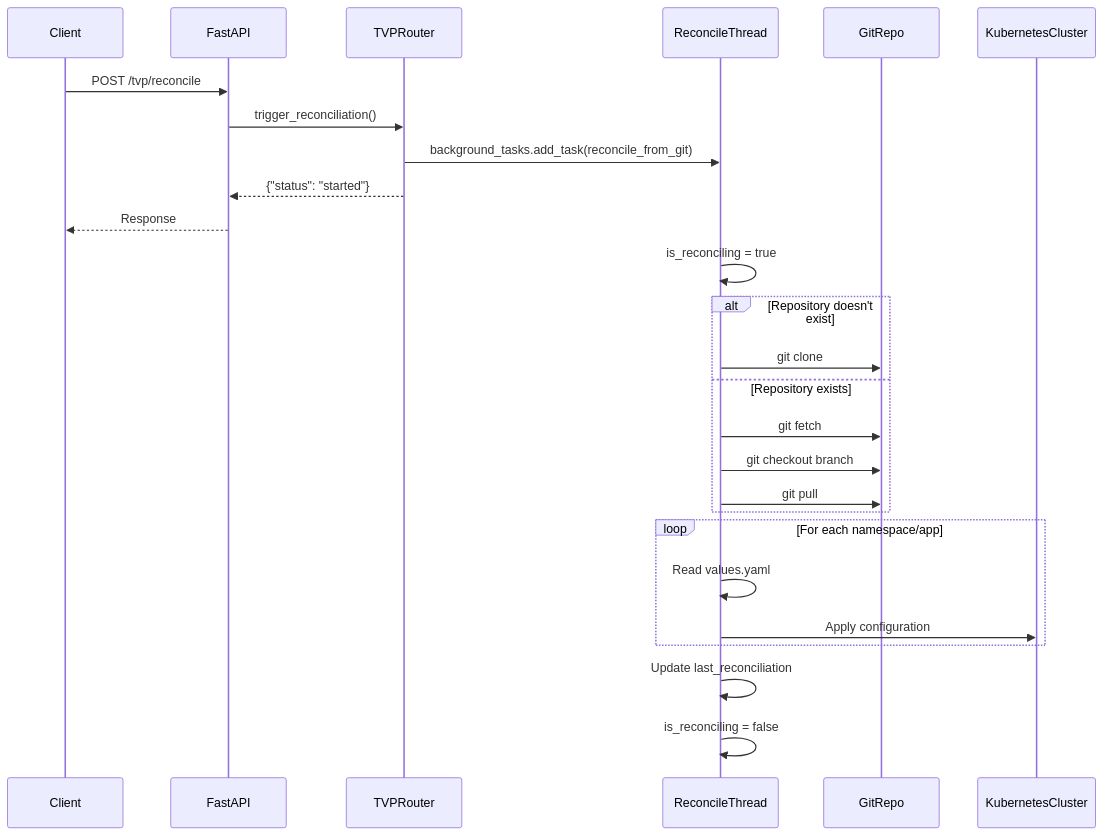
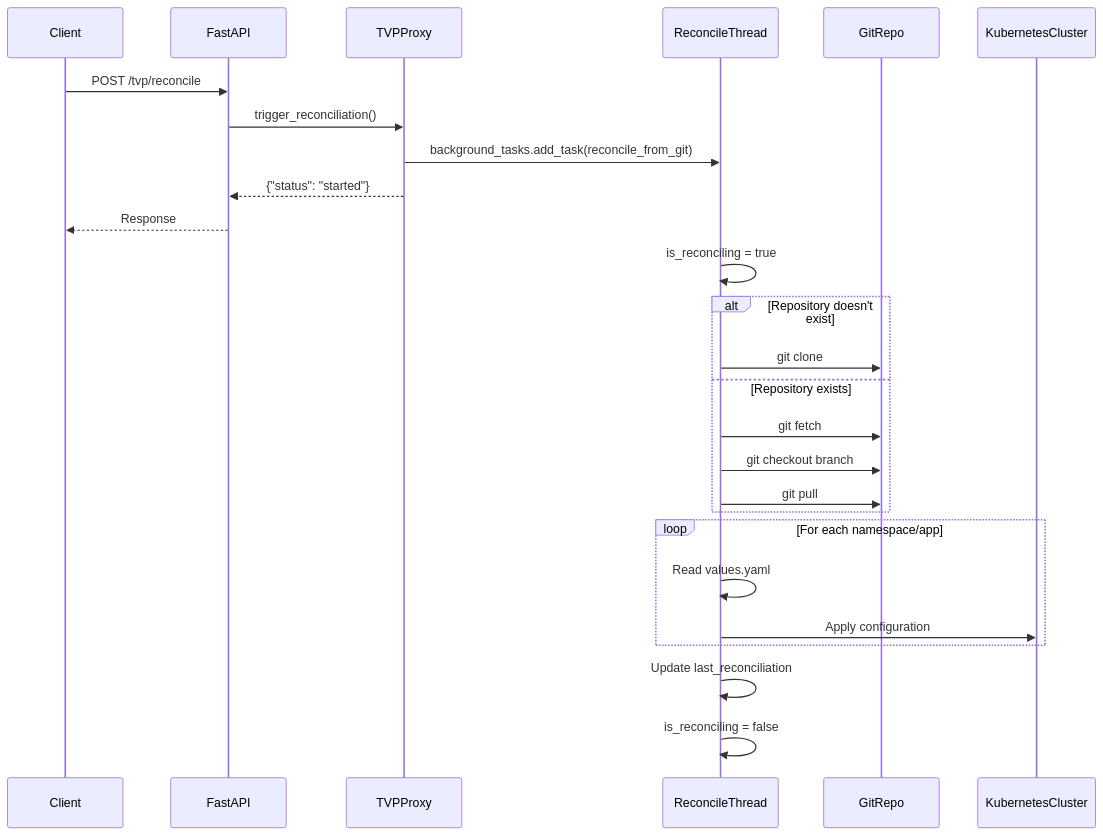
One commit to lloydchang/tvp-k8s changed the fifth of 9 diagrams in README.md. Above: the diagram before and after it, drawn with Mermaid. The commit also changed other lines of this file and 11 other files, not shown here.

````diff
--- a/README.md
+++ b/README.md
@@ -273,34 +273,34 @@
 ```mermaid
 sequenceDiagram
     participant Client
     participant FastAPI
-    participant TVPRouter
+    participant TVPProxy
     participant ReconcileThread
     participant GitRepo
     participant KubernetesCluster
     
     Client->>FastAPI: POST /tvp/reconcile
-    FastAPI->>TVPRouter: trigger_reconciliation()
-    TVPRouter->>ReconcileThread: background_tasks.add_task(reconcile_from_git)
-    TVPRouter-->>FastAPI: {"status": "started"}
+    FastAPI->>TVPProxy: trigger_reconciliation()
+    TVPProxy->>ReconcileThread: background_tasks.add_task(reconcile_from_git)
+    TVPProxy-->>FastAPI: {"status": "started"}
     FastAPI-->>Client: Response
     
     ReconcileThread->>ReconcileThread: is_reconciling = true
     
     alt Repository doesn't exist
         ReconcileThread->>GitRepo: git clone
     else Repository exists
         ReconcileThread->>GitRepo: git fetch
         ReconcileThread->>GitRepo: git checkout branch
         ReconcileThread->>GitRepo: git pull
     end
     
     loop For each namespace/app
         ReconcileThread->>ReconcileThread: Read values.yaml
         ReconcileThread->>KubernetesCluster: Apply configuration
     end
     
     ReconcileThread->>ReconcileThread: Update last_reconciliation
     ReconcileThread->>ReconcileThread: is_reconciling = false
 
 ```
````
